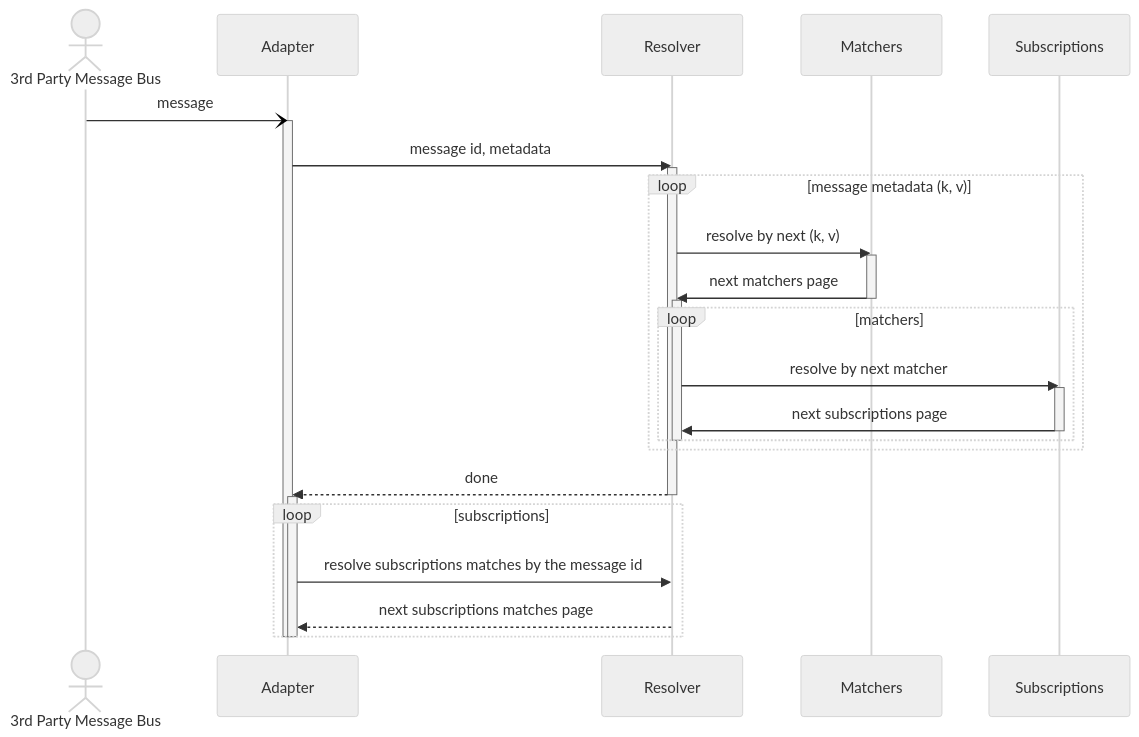
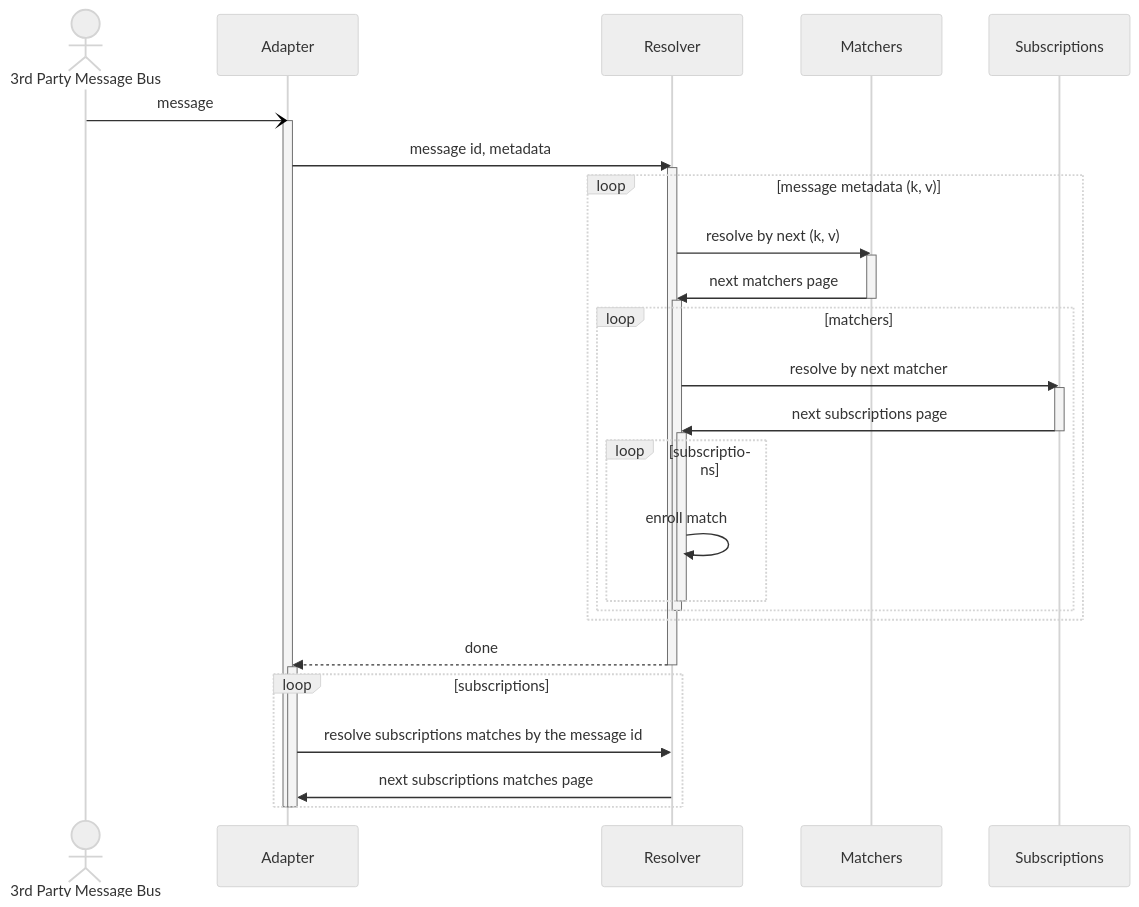
One commit to awakari/.github changed the diagram in profile/README.md. Above: the diagram before and after it, drawn with Mermaid.

````diff
--- a/profile/README.md
+++ b/profile/README.md
@@ -13,46 +13,54 @@
 ```mermaid
 %%{init: {'theme': 'neutral' } }%%
 sequenceDiagram
 
     actor 3rd Party Message Bus
     participant Adapter
     participant Resolver
     participant Matchers
     participant Subscriptions
 
     3rd Party Message Bus-)Adapter: message
     activate Adapter
     
     Adapter->>Resolver: message id, metadata
     activate Resolver
     
     loop message metadata (k, v)
     
         Resolver->>Matchers: resolve by next (k, v)
         activate Matchers
         Matchers->>Resolver: next matchers page
         deactivate Matchers
         
         activate Resolver
         loop matchers
+            
             Resolver->>Subscriptions: resolve by next matcher
             activate Subscriptions
             Subscriptions->>Resolver: next subscriptions page
             deactivate Subscriptions
+            
+            activate Resolver
+            loop subscriptions
+                Resolver->>Resolver: enroll match
+            end
+            deactivate Resolver
+            
         end
         deactivate Resolver
     end
     
     
     
     Resolver-->>Adapter: done
     deactivate Resolver
 
     activate Adapter
     loop subscriptions
         Adapter->>Resolver: resolve subscriptions matches by the message id
-        Resolver-->>Adapter: next subscriptions matches page
+        Resolver->>Adapter: next subscriptions matches page
     end
     deactivate Adapter
     deactivate Adapter
 ```
````
